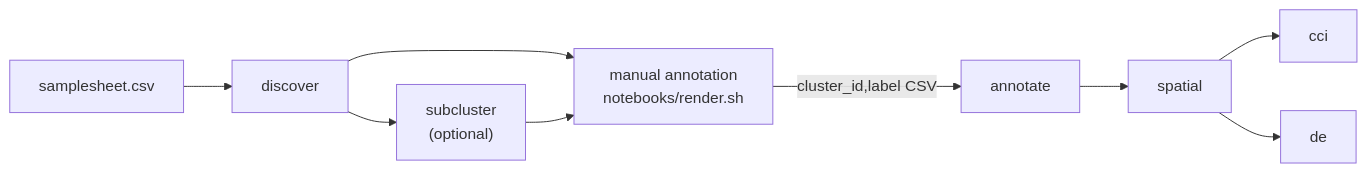
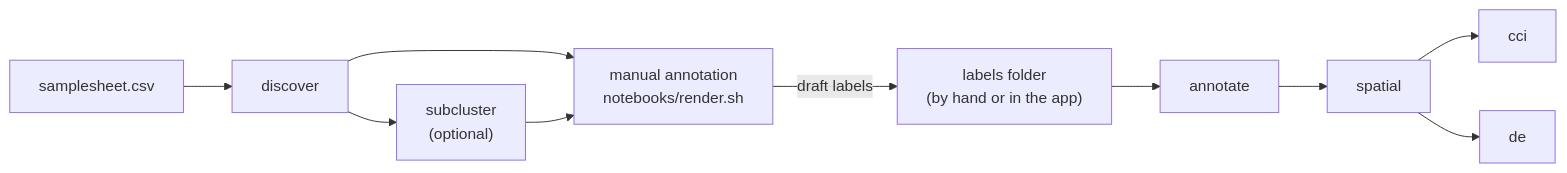
The diagram in README.md (CharitidisKP/CosMx-Nf), drawn with Mermaid before and after one commit. The commit also changed other lines of this file and 52 other files, not shown here.

````diff
--- a/README.md
+++ b/README.md
@@ -18,11 +18,12 @@
 ```mermaid
 flowchart LR
     SS[samplesheet.csv] --> D[discover]
     D --> SC["subcluster<br/>(optional)"]
     D --> MA["manual annotation<br/>notebooks/render.sh"]
     SC --> MA
-    MA -- "cluster_id,label CSV" --> AN[annotate]
+    MA -- "draft labels" --> LB["labels folder<br/>(by hand or in the app)"]
+    LB --> AN[annotate]
     AN --> SP[spatial]
     SP --> CCI[cci]
     SP --> DE[de]
 ```
````
